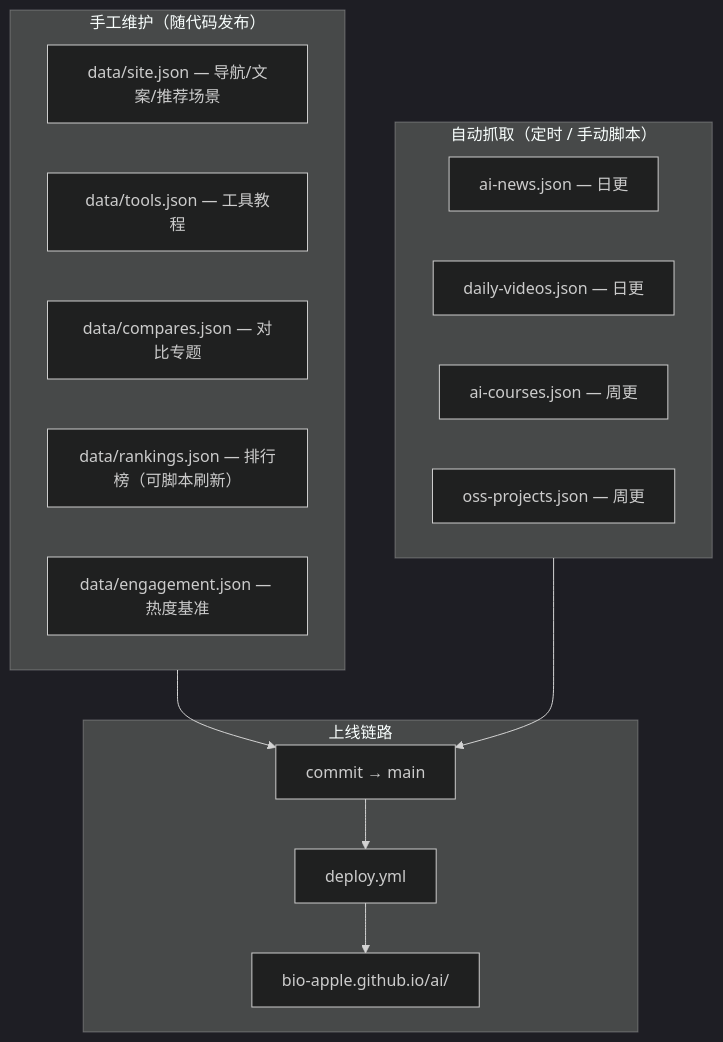
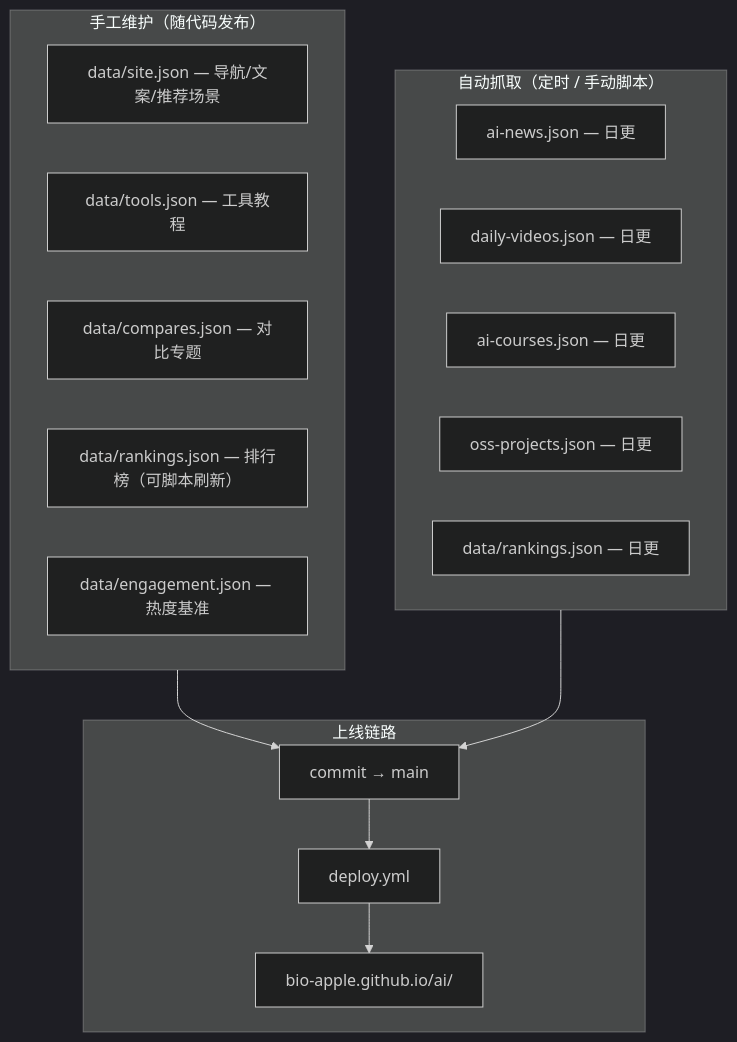
The first of 2 diagrams in docs/CONTENT-OPS.md (bio-apple/ai), drawn with Mermaid (dark theme) before and after one commit. The commit also changed other lines of this file and 19 other files, not shown here.

````diff
--- a/docs/CONTENT-OPS.md
+++ b/docs/CONTENT-OPS.md
@@ -11,27 +11,28 @@
 ```mermaid
 flowchart TB
   subgraph manual["手工维护（随代码发布）"]
     M1["data/site.json — 导航/文案/推荐场景"]
     M2["data/tools.json — 工具教程"]
     M3["data/compares.json — 对比专题"]
     M4["data/rankings.json — 排行榜（可脚本刷新）"]
     M5["data/engagement.json — 热度基准"]
   end
 
   subgraph auto["自动抓取（定时 / 手动脚本）"]
     A1["ai-news.json — 日更"]
     A2["daily-videos.json — 日更"]
-    A3["ai-courses.json — 周更"]
-    A4["oss-projects.json — 周更"]
+    A3["ai-courses.json — 日更"]
+    A4["oss-projects.json — 日更"]
+    A5["data/rankings.json — 日更"]
   end
 
   subgraph pipeline["上线链路"]
     GIT["commit → main"]
     DEPLOY["deploy.yml"]
     LIVE["bio-apple.github.io/ai/"]
   end
 
   manual --> GIT
   auto --> GIT
   GIT --> DEPLOY --> LIVE
 ```
````
